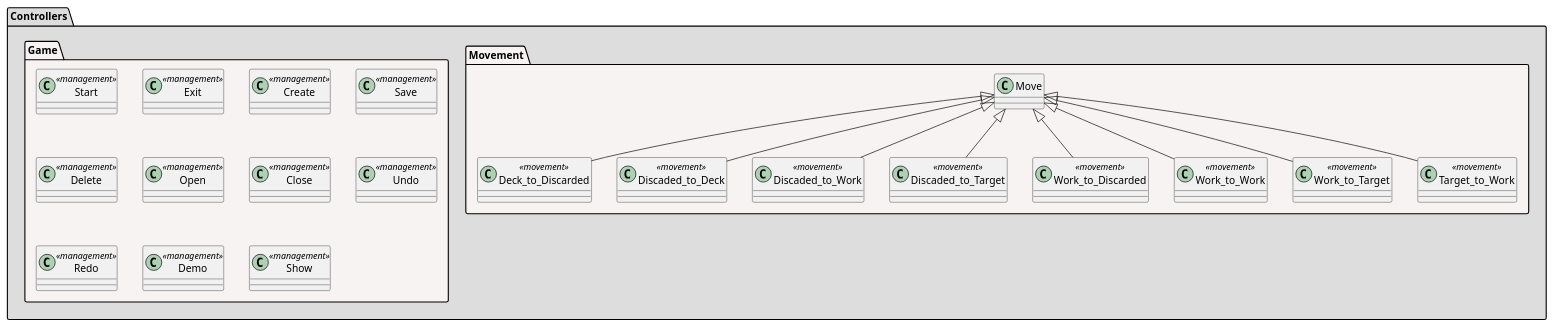
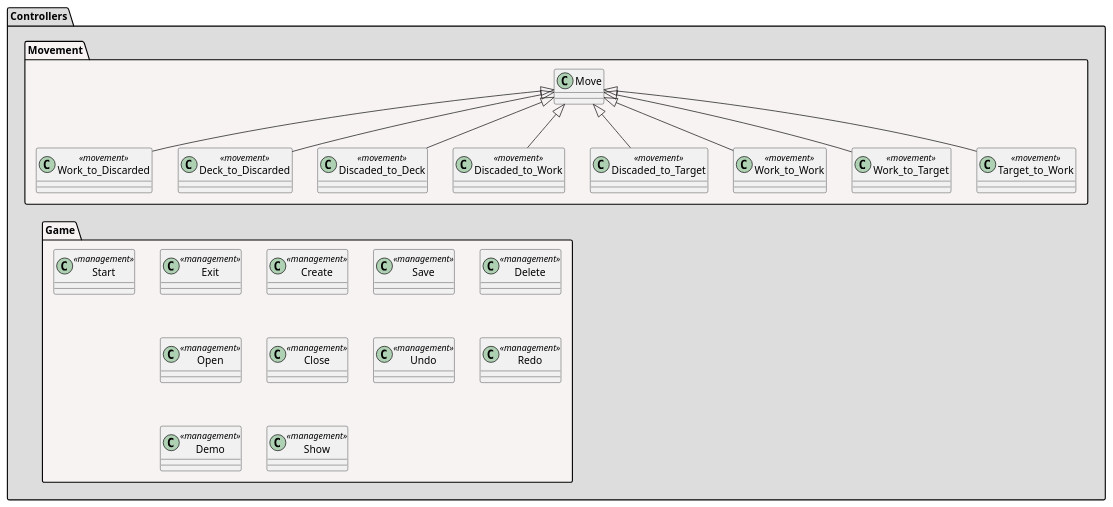
Before and after one commit to hombrenieve/klondike_rup: the diagram in uml/logic-view/architecture/controllers.puml, drawn with PlantUML. The commit also changed 3 other files, not shown here.

```diff
--- a/uml/logic-view/architecture/controllers.puml
+++ b/uml/logic-view/architecture/controllers.puml
@@ -1,41 +1,43 @@
 @startuml
 
 package "Controllers" #DDDDDD {
     package "Movement" #F7F3F3 {
         class Move
         class Deck_to_Discarded << movement >>
         class Discaded_to_Deck << movement >>
         class Discaded_to_Work << movement >>
         class Discaded_to_Target << movement >>
         class Work_to_Discarded << movement >>
         class Work_to_Work << movement >>
         class Work_to_Target << movement >>
         class Target_to_Work << movement >>
 
         Deck_to_Discarded -up-|> Move
         Discaded_to_Deck -up-|> Move
         Discaded_to_Work -up-|> Move
         Discaded_to_Target -up-|> Move
         Work_to_Discarded -up-|> Move
         Work_to_Work -up-|> Move
         Work_to_Target -up-|> Move
         Target_to_Work -up-|> Move
 
     }
 
     package "Game" #F7F3F3 {
         class Start << management >>
         class Exit << management >>
         class Create << management >>
         class Save << management >>
         class Delete << management >>
         class Open << management >>
         class Close << management >>
         class Undo << management >>
         class Redo << management >>
         class Demo << management >>
         class Show << management >>
     }
+    ' Just for layout pourposes
+    Start -[hidden]up-> Work_to_Discarded
 }
 
 @enduml
```
